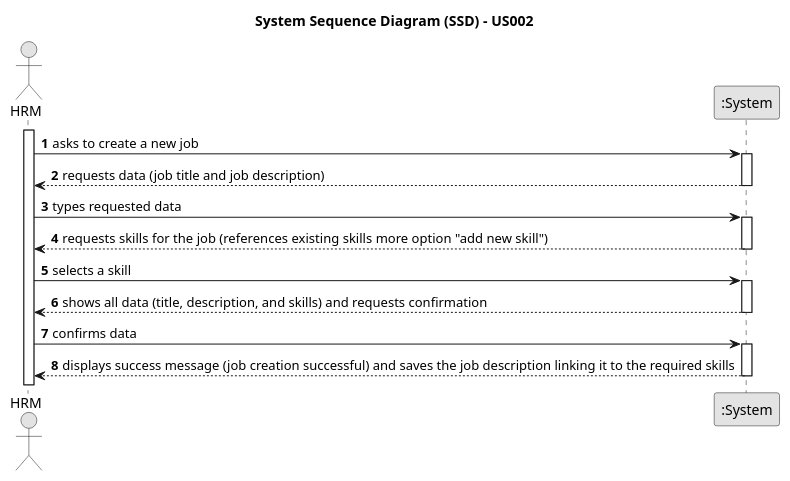
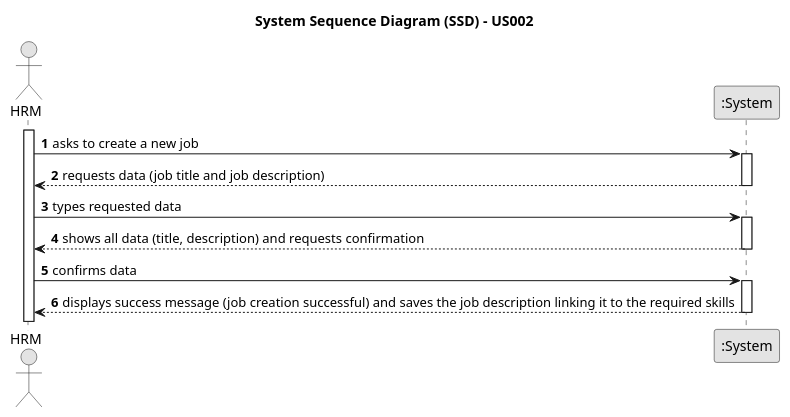
One commit to ricardomm7/leaflink changed the diagram in docs/sprintB/us002/01.requirements-engineering/puml/us002-system-sequence-diagram-alternative-one.puml. Above: the diagram before and after it, drawn with PlantUML. The commit also changed 16 other files, not shown here.

```diff
--- a/docs/sprintB/us002/01.requirements-engineering/puml/us002-system-sequence-diagram-alternative-one.puml
+++ b/docs/sprintB/us002/01.requirements-engineering/puml/us002-system-sequence-diagram-alternative-one.puml
@@ -1,38 +1,31 @@
 @startuml
 skinparam monochrome true
 skinparam packageStyle rectangle
 skinparam shadowing false
 
 title System Sequence Diagram (SSD) - US002
 
 autonumber
 
 actor "HRM" as Employee
 participant ":System" as System
 
 activate Employee
 
     Employee -> System : asks to create a new job
     activate System
         System --> Employee : requests data (job title and job description)
     deactivate System
 
     Employee -> System : types requested data
     activate System
-
-        System --> Employee : requests skills for the job (references existing skills more option "add new skill")
-    deactivate System
-
-    Employee -> System : selects a skill
-    activate System
-
-        System --> Employee : shows all data (title, description, and skills) and requests confirmation
+        System --> Employee : shows all data (title, description) and requests confirmation
     deactivate System
 
     Employee -> System : confirms data
     activate System
 
         System --> Employee : displays success message (job creation successful) and saves the job description linking it to the required skills
     deactivate System
 
 @enduml
```
